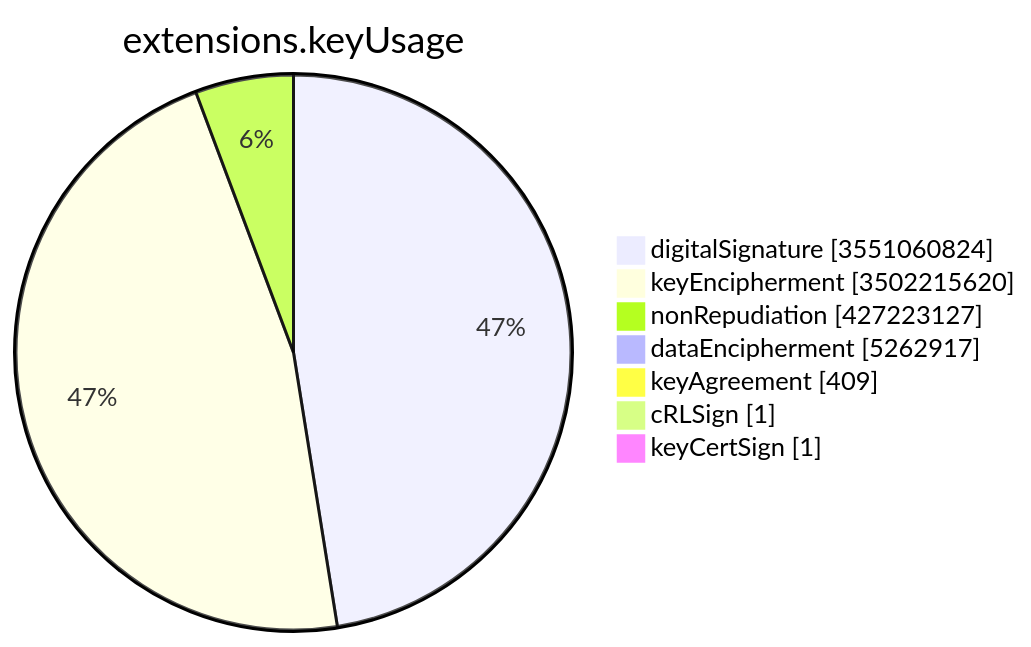
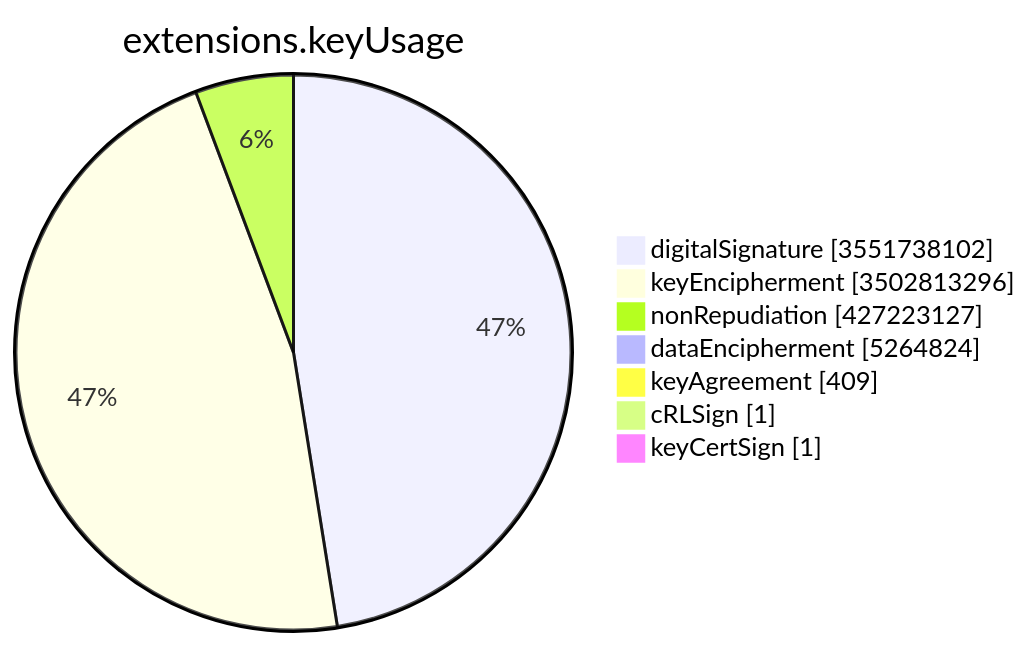
The sixth of 15 diagrams in TOTAL/README.md (christiankrug/ctmonitor_visualization), drawn with Mermaid before and after one commit. The commit also changed other lines of this file, not shown here.

````diff
--- a/TOTAL/README.md
+++ b/TOTAL/README.md
@@ -3083,11 +3083,11 @@
 ```mermaid
 pie showData
 title extensions.keyUsage
-"digitalSignature" :3551060824
-"keyEncipherment" :3502215620
+"digitalSignature" :3551738102
+"keyEncipherment" :3502813296
 "nonRepudiation" :427223127
-"dataEncipherment" :5262917
+"dataEncipherment" :5264824
 "keyAgreement" :409
 "cRLSign" :1
 "keyCertSign" :1
 ```
````
